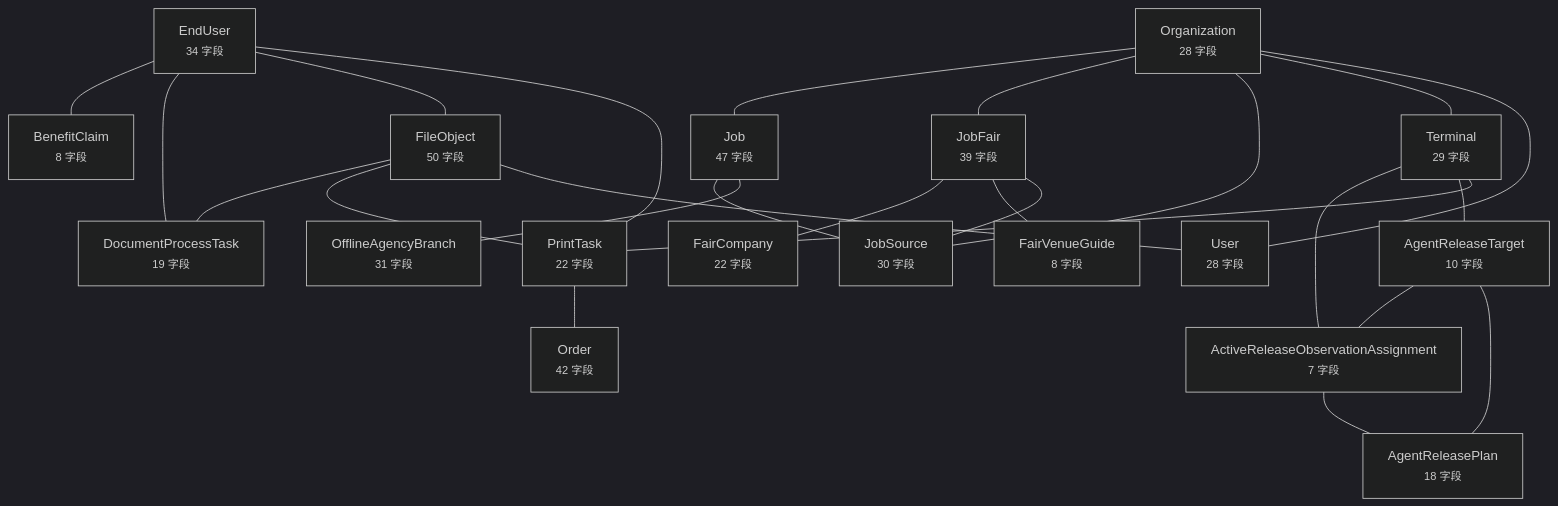
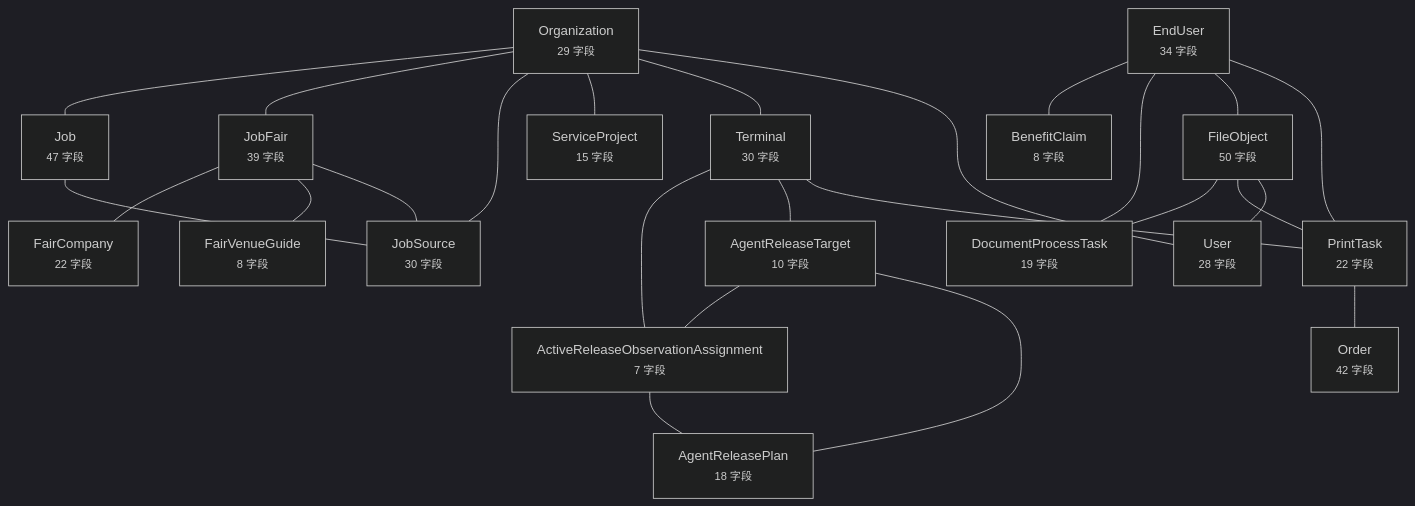
The diagram in docs/graph/data-model.md (wanglei581/YITIJI), drawn with Mermaid (dark theme) before and after one commit. The commit also changed other lines of this file and 17 other files, not shown here.

````diff
--- a/docs/graph/data-model.md
+++ b/docs/graph/data-model.md
@@ -10,45 +10,45 @@
 ```mermaid
 flowchart TD
   EndUser["EndUser<br/><small>34 字段</small>"]
-  Organization["Organization<br/><small>28 字段</small>"]
-  Terminal["Terminal<br/><small>29 字段</small>"]
+  Organization["Organization<br/><small>29 字段</small>"]
+  Terminal["Terminal<br/><small>30 字段</small>"]
   FileObject["FileObject<br/><small>50 字段</small>"]
   Job["Job<br/><small>47 字段</small>"]
   JobFair["JobFair<br/><small>39 字段</small>"]
   JobSource["JobSource<br/><small>30 字段</small>"]
   User["User<br/><small>28 字段</small>"]
   PrintTask["PrintTask<br/><small>22 字段</small>"]
   AgentReleaseTarget["AgentReleaseTarget<br/><small>10 字段</small>"]
   Order["Order<br/><small>42 字段</small>"]
+  ServiceProject["ServiceProject<br/><small>15 字段</small>"]
   ActiveReleaseObservationAssignment["ActiveReleaseObservationAssignment<br/><small>7 字段</small>"]
   AgentReleasePlan["AgentReleasePlan<br/><small>18 字段</small>"]
   BenefitClaim["BenefitClaim<br/><small>8 字段</small>"]
   DocumentProcessTask["DocumentProcessTask<br/><small>19 字段</small>"]
   FairCompany["FairCompany<br/><small>22 字段</small>"]
   FairVenueGuide["FairVenueGuide<br/><small>8 字段</small>"]
-  OfflineAgencyBranch["OfflineAgencyBranch<br/><small>31 字段</small>"]
   EndUser --- BenefitClaim
   EndUser --- DocumentProcessTask
   EndUser --- FileObject
   EndUser --- PrintTask
   Organization --- Job
   Organization --- JobFair
   Organization --- JobSource
+  Organization --- ServiceProject
   Organization --- Terminal
   Organization --- User
   Terminal --- ActiveReleaseObservationAssignment
   Terminal --- AgentReleaseTarget
   Terminal --- PrintTask
   FileObject --- DocumentProcessTask
   FileObject --- PrintTask
   FileObject --- User
   Job --- JobSource
-  Job --- OfflineAgencyBranch
   JobFair --- FairCompany
   JobFair --- FairVenueGuide
   JobFair --- JobSource
   PrintTask --- Order
   AgentReleaseTarget --- ActiveReleaseObservationAssignment
   AgentReleaseTarget --- AgentReleasePlan
   ActiveReleaseObservationAssignment --- AgentReleasePlan
 ```
````
